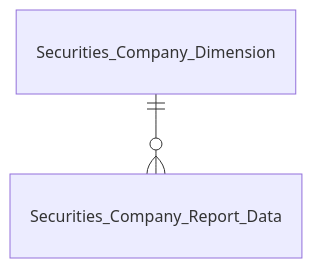
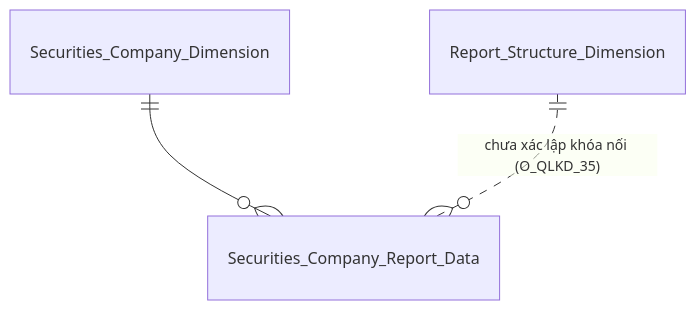
One commit to linhlvit/ubck_atomic_design changed diagram 11 of 11 in Datamart/hld/DTM_QLKD_Entities.md. Above: the diagram before and after it, drawn with Mermaid. The commit also changed other lines of this file and 22 other files, not shown here.

````diff
--- a/Datamart/hld/DTM_QLKD_Entities.md
+++ b/Datamart/hld/DTM_QLKD_Entities.md
@@ -219,4 +219,5 @@
 ```mermaid
 erDiagram
     Securities_Company_Dimension ||--o{ Securities_Company_Report_Data : " "
+    Report_Structure_Dimension ||..o{ Securities_Company_Report_Data : "chưa xác lập khóa nối (O_QLKD_35)"
 ```
````
